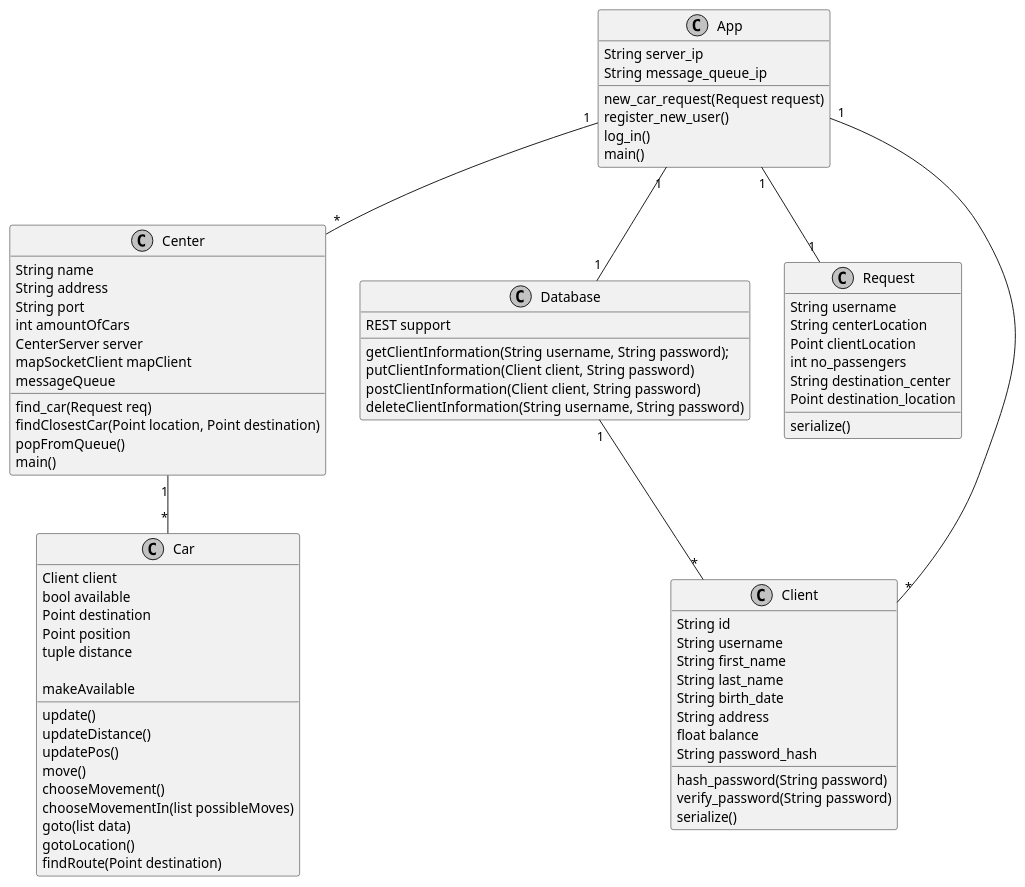
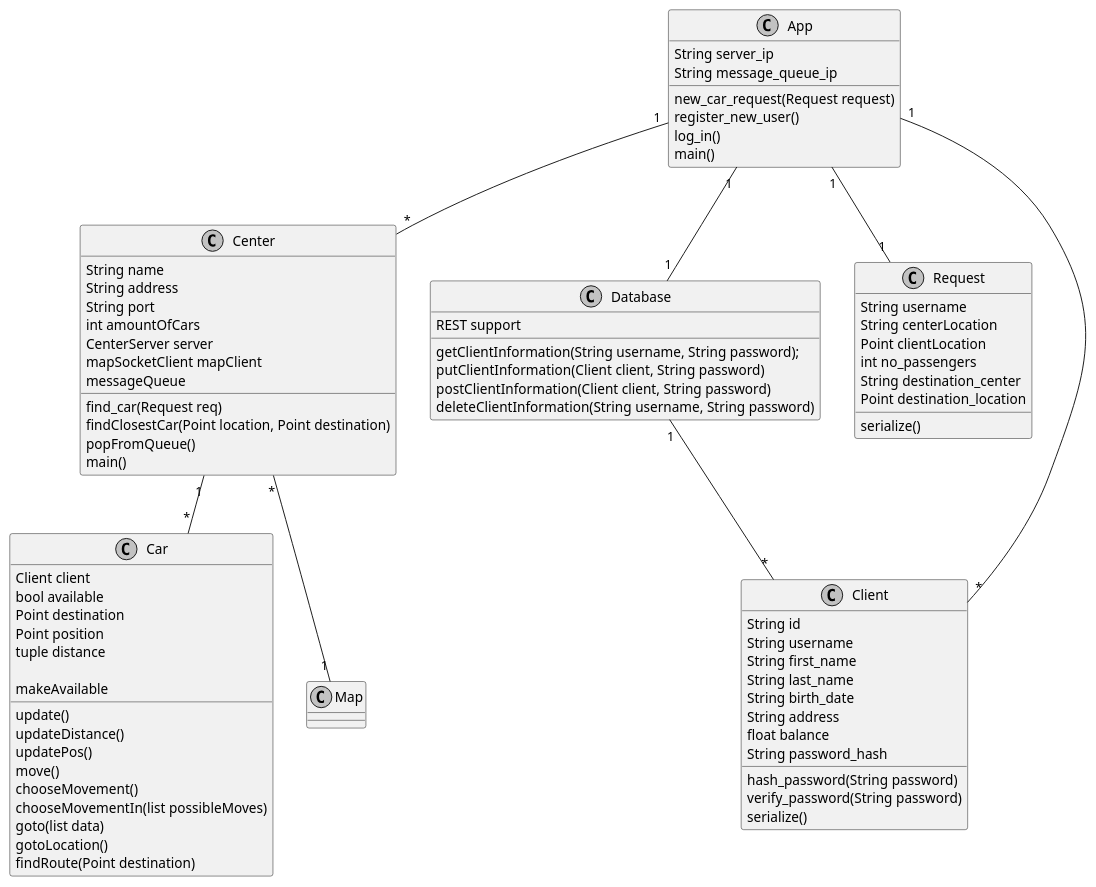
Before and after one commit to TwanSchoonen/Networking2018: the diagram in Diagrams/classDiagram.org, drawn with PlantUML. The commit also changed 1 other file, not shown here.

```diff
--- a/Diagrams/classDiagram.org
+++ b/Diagrams/classDiagram.org
@@ -89,6 +89,7 @@
 App "1" -- "1" Request
 App "1" -- "*" Center
 Center "1" -- "*" Car
+Center "*" -- "1" Map
 App "1" -- "1" Database
 Database "1" -- "*" Client
 
```
